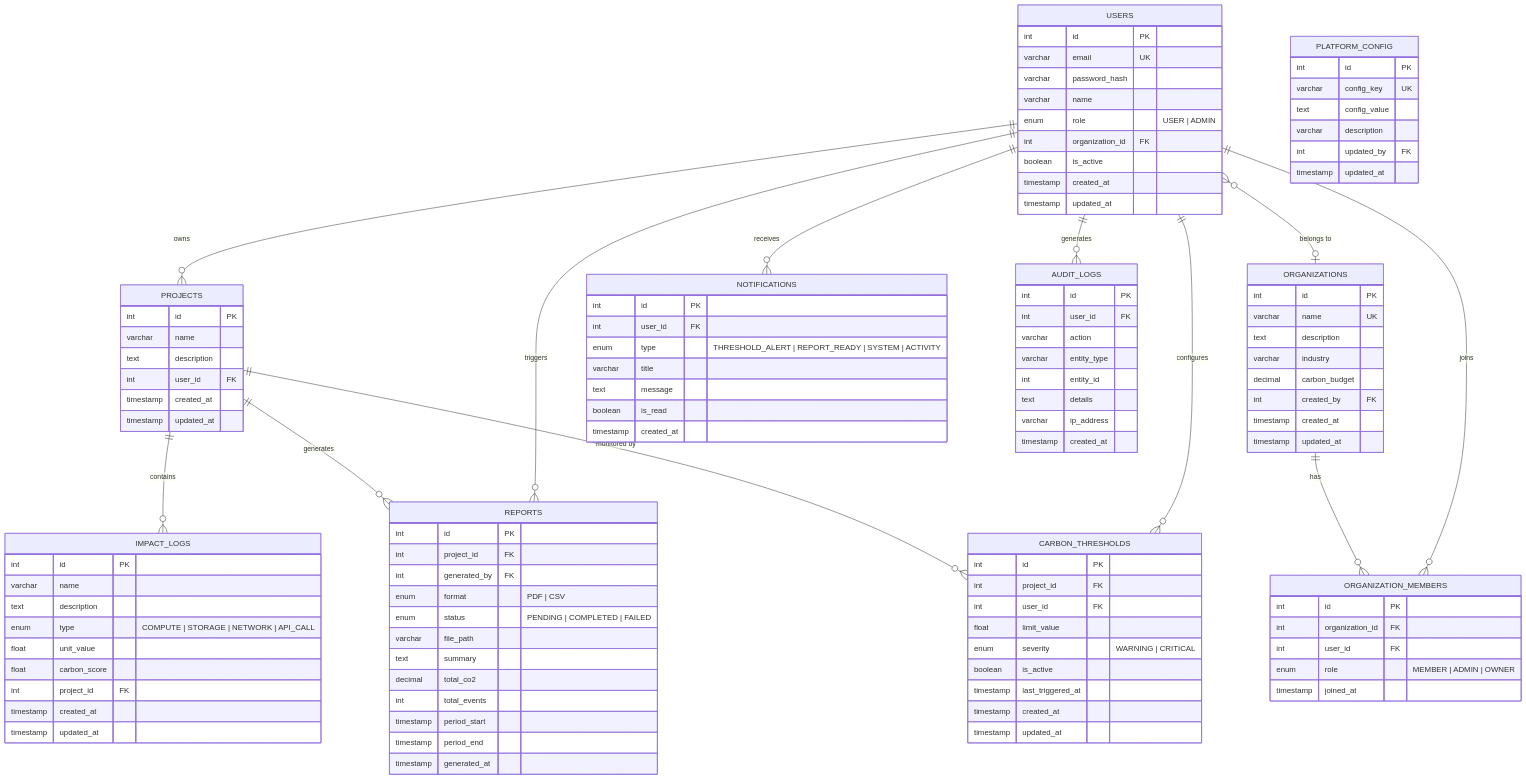
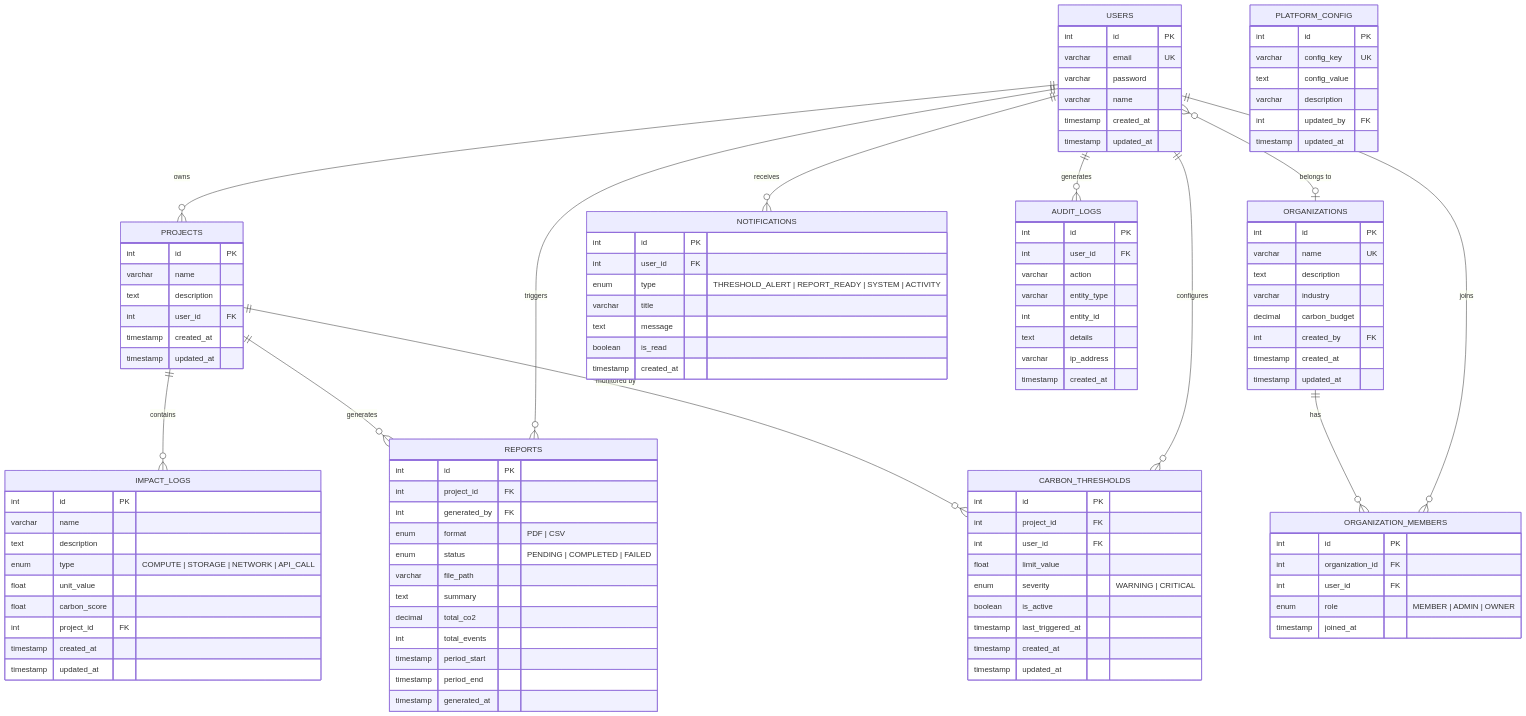
The diagram in ErDiagram.md (IronwallxR5/GreenPulse), drawn with Mermaid before and after one commit. The commit also changed other lines of this file and 4 other files, not shown here.

````diff
--- a/ErDiagram.md
+++ b/ErDiagram.md
@@ -9,13 +12,12 @@
 ```mermaid
 erDiagram
+    %% ===== IMPLEMENTED =====
+
     USERS {
         int id PK
         varchar email UK
-        varchar password_hash
+        varchar password
         varchar name
-        enum role "USER | ADMIN"
-        int organization_id FK
-        boolean is_active
         timestamp created_at
         timestamp updated_at
     }
@@ -40,6 +42,8 @@
         timestamp created_at
         timestamp updated_at
     }
+
+    %% ===== PLANNED (Not Yet Implemented) =====
 
     ORGANIZATIONS {
         int id PK
````
